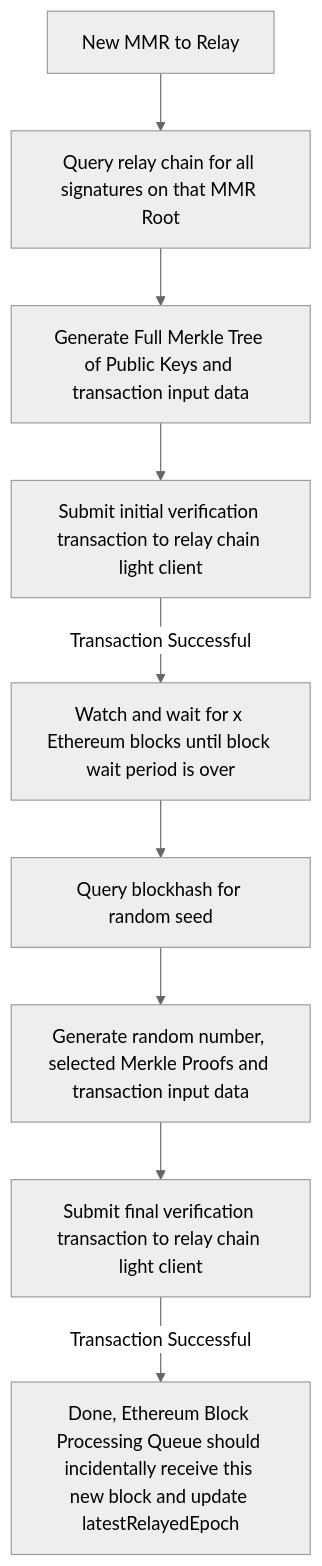
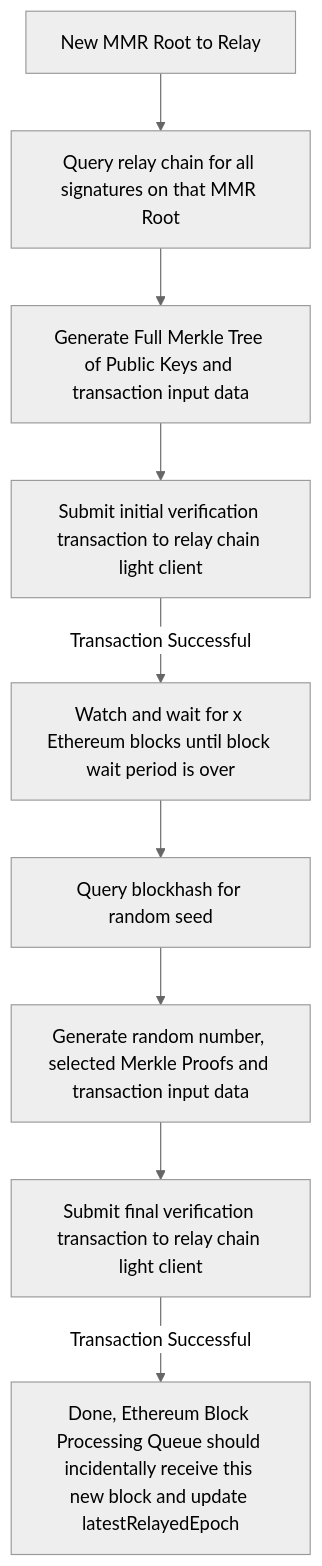
The fourth of 7 diagrams in docs/markdown/using-snowchain/validating-and-relaying/relayer-flow.md (Snowfork/snowbridge), drawn with Mermaid (neutral theme) before and after one commit.

````diff
--- a/docs/markdown/using-snowchain/validating-and-relaying/relayer-flow.md
+++ b/docs/markdown/using-snowchain/validating-and-relaying/relayer-flow.md
@@ -55,20 +55,20 @@
 ```mermaid!
 graph TD;
-  Mr00[New MMR to Relay];
+  Mr00[New MMR Root to Relay];
   Mr00-->Mr01;
   Mr01[Query relay chain for all signatures on that MMR Root];
   Mr01-->Mr02;
   Mr02[Generate Full Merkle Tree of Public Keys and transaction input data];
   Mr02-->Mr0;
   Mr0[Submit initial verification transaction to relay chain light client];
   Mr0--Transaction Successful -->Mr1;
   Mr1[Watch and wait for x Ethereum blocks until block wait period is over];
   Mr1-->Mr10;
   Mr10[Query blockhash for random seed];
   Mr10-->Mr11;
   Mr11[Generate random number, selected Merkle Proofs and transaction input data];
   Mr11-->Mr2;
   Mr2[Submit final verification transaction to relay chain light client];
   Mr2--Transaction Successful -->Mr3;
   Mr3[Done, Ethereum Block Processing Queue should incidentally receive this new block and update latestRelayedEpoch];
 ```
````
